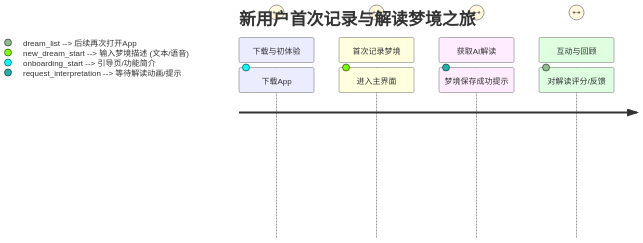
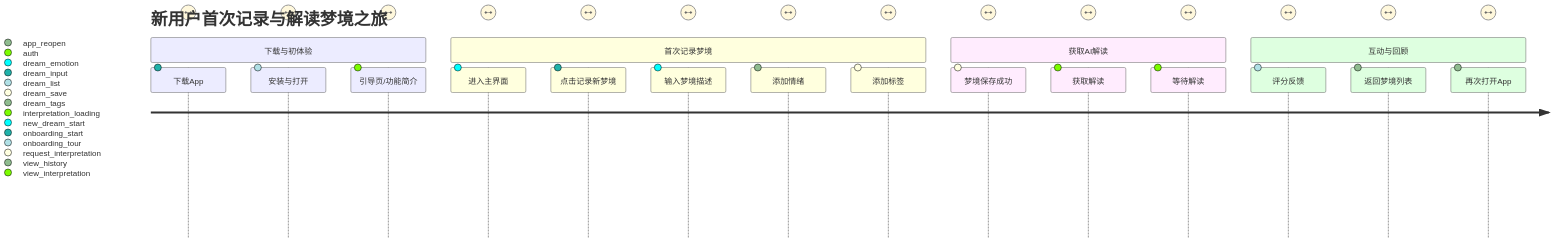
The sixth of 8 diagrams in docs/PRD.md (cluo0005/MeadowDream), drawn with Mermaid before and after one commit. The commit also changed other lines of this file, not shown here.

````diff
--- a/docs/PRD.md
+++ b/docs/PRD.md
@@ -1013,12 +1025,22 @@
 ```mermaid
 journey
     title 新用户首次记录与解读梦境之旅
     section 下载与初体验
-      下载App:  descoberta --> 安装与打开: onboarding_start --> 引导页/功能简介: onboarding_tour --> 注册/登录: auth
+      下载App: 发现了 --> 安装与打开: onboarding_start 
+      安装与打开: onboarding_start --> 引导页/功能简介: onboarding_tour 
+      引导页/功能简介: onboarding_tour --> 注册/登录: auth
     section 首次记录梦境
-      进入主界面: home_empty --> 点击“记录新梦境”: new_dream_start --> 输入梦境描述 (文本/语音): dream_input_text_voice --> 添加情绪: dream_input_emotion --> 添加标签: dream_input_tags --> 保存梦境: dream_save
+      进入主界面: home_empty --> 点击记录新梦境: new_dream_start 
+      点击记录新梦境: new_dream_start --> 输入梦境描述: dream_input 
+      输入梦境描述: dream_input --> 添加情绪: dream_emotion 
+      添加情绪: dream_emotion --> 添加标签: dream_tags 
+      添加标签: dream_tags --> 保存梦境: dream_save
     section 获取AI解读
-      梦境保存成功提示: dream_save_success --> 点击“获取解读”: request_interpretation --> 等待解读动画/提示: interpretation_loading --> 查看解读结果: view_interpretation
+      梦境保存成功: dream_save_success --> 获取解读: request_interpretation 
+      获取解读: request_interpretation --> 等待解读: interpretation_loading 
+      等待解读: interpretation_loading --> 查看解读结果: view_interpretation
     section 互动与回顾
-      对解读评分/反馈: interpretation_feedback --> 返回梦境列表: dream_list --> 后续再次打开App: app_reopen --> 查看历史梦境与解读: view_history
+      评分反馈: interpretation_feedback --> 返回梦境列表: dream_list 
+      返回梦境列表: dream_list --> 再次打开App: app_reopen 
+      再次打开App: app_reopen --> 查看历史梦境: view_history
 ```
````
